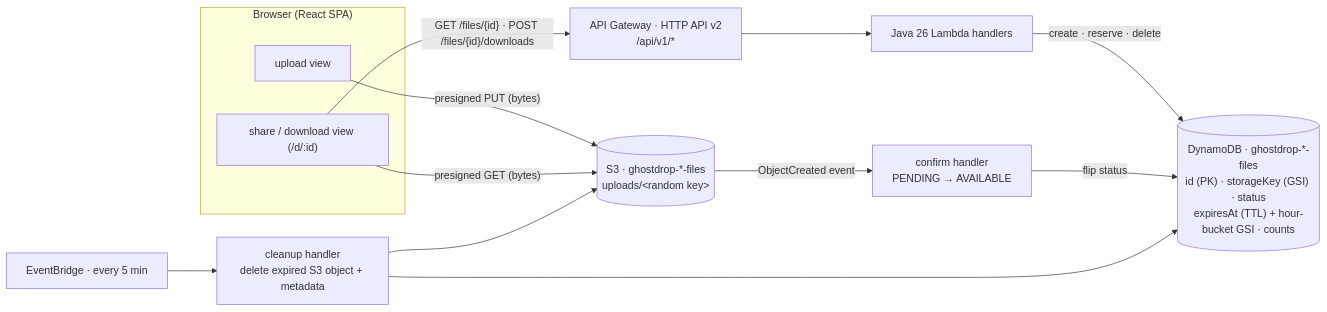
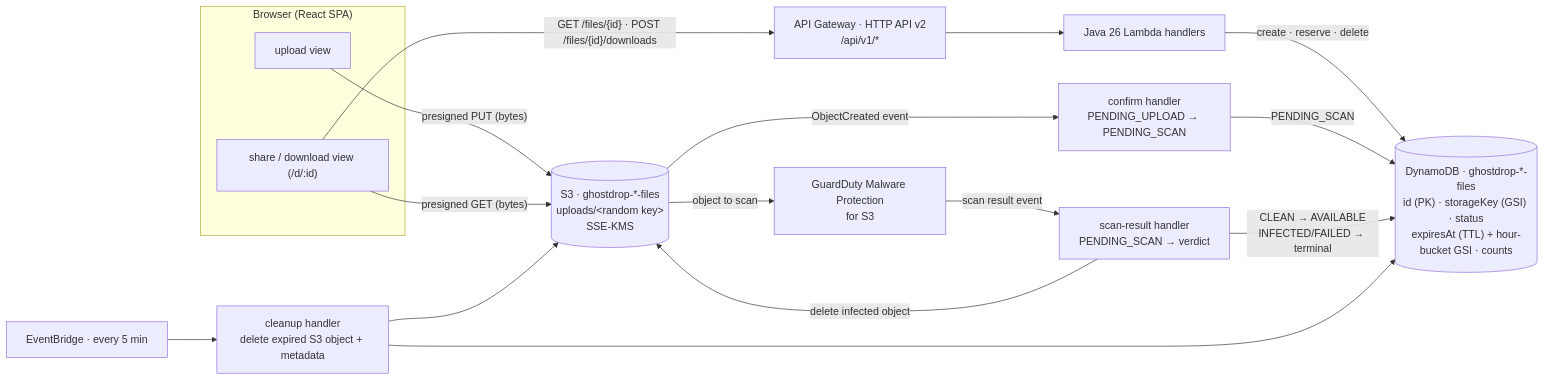
Before and after one commit to MrPurple666/GhostDrop: the first of 2 diagrams in docs/architecture.md, drawn with Mermaid. The commit also changed other lines of this file and 4 other files, not shown here.

Commit message:
docs: document malware scan gate and SSE-KMS

````diff
--- a/docs/architecture.md
+++ b/docs/architecture.md
@@ -9,25 +9,31 @@
 ```mermaid
 flowchart LR
     subgraph Browser["Browser (React SPA)"]
         Upload["upload view"]
         Share["share / download view (/d/:id)"]
     end
-    S3[("S3 · ghostdrop-*-files<br/>uploads/&lt;random key&gt;")]
+    S3[("S3 · ghostdrop-*-files<br/>uploads/&lt;random key&gt;<br/>SSE-KMS")]
     Api["API Gateway · HTTP API v2<br/>/api/v1/*"]
     Handlers["Java 26 Lambda handlers"]
     Dynamo[("DynamoDB · ghostdrop-*-files<br/>id (PK) · storageKey (GSI) · status<br/>expiresAt (TTL) + hour-bucket GSI · counts")]
-    Confirm["confirm handler<br/>PENDING → AVAILABLE"]
+    Confirm["confirm handler<br/>PENDING_UPLOAD → PENDING_SCAN"]
+    Scan["GuardDuty Malware Protection<br/>for S3"]
+    ScanResult["scan-result handler<br/>PENDING_SCAN → verdict"]
     Cleanup["cleanup handler<br/>delete expired S3 object + metadata"]
     Clock["EventBridge · every 5 min"]
 
     Upload -- "presigned PUT (bytes)" --> S3
     Share -- "GET /files/{id} · POST /files/{id}/downloads" --> Api
     Api --> Handlers
     Handlers -- "create · reserve · delete" --> Dynamo
     Share -- "presigned GET (bytes)" --> S3
     S3 -- "ObjectCreated event" --> Confirm
-    Confirm -- "flip status" --> Dynamo
+    Confirm -- "PENDING_SCAN" --> Dynamo
+    S3 -- "object to scan" --> Scan
+    Scan -- "scan result event" --> ScanResult
+    ScanResult -- "CLEAN → AVAILABLE<br/>INFECTED/FAILED → terminal" --> Dynamo
+    ScanResult -- "delete infected object" --> S3
     Clock --> Cleanup
     Cleanup --> S3
     Cleanup --> Dynamo
 ```
````
